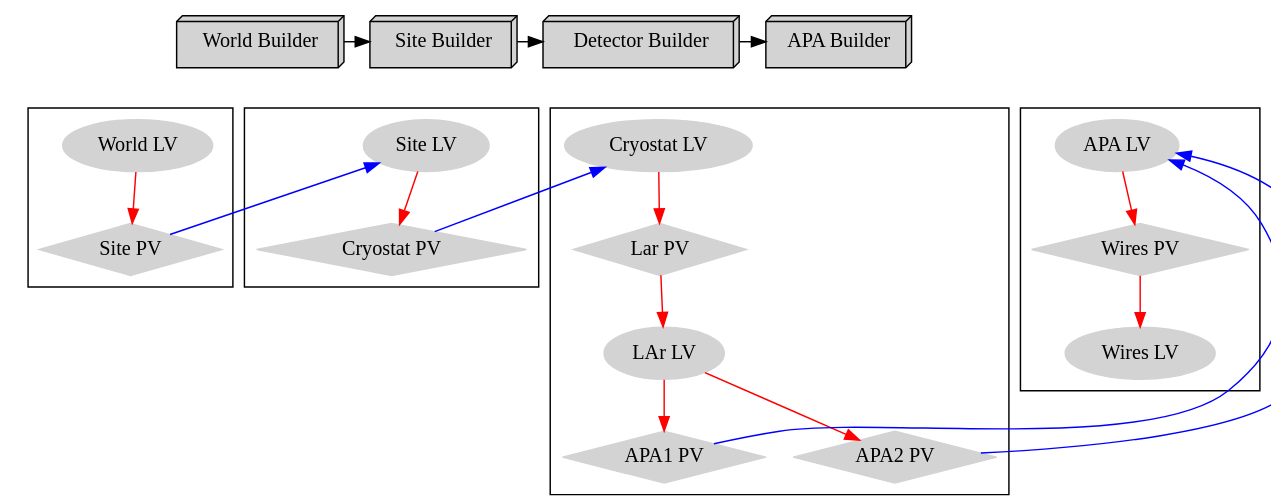
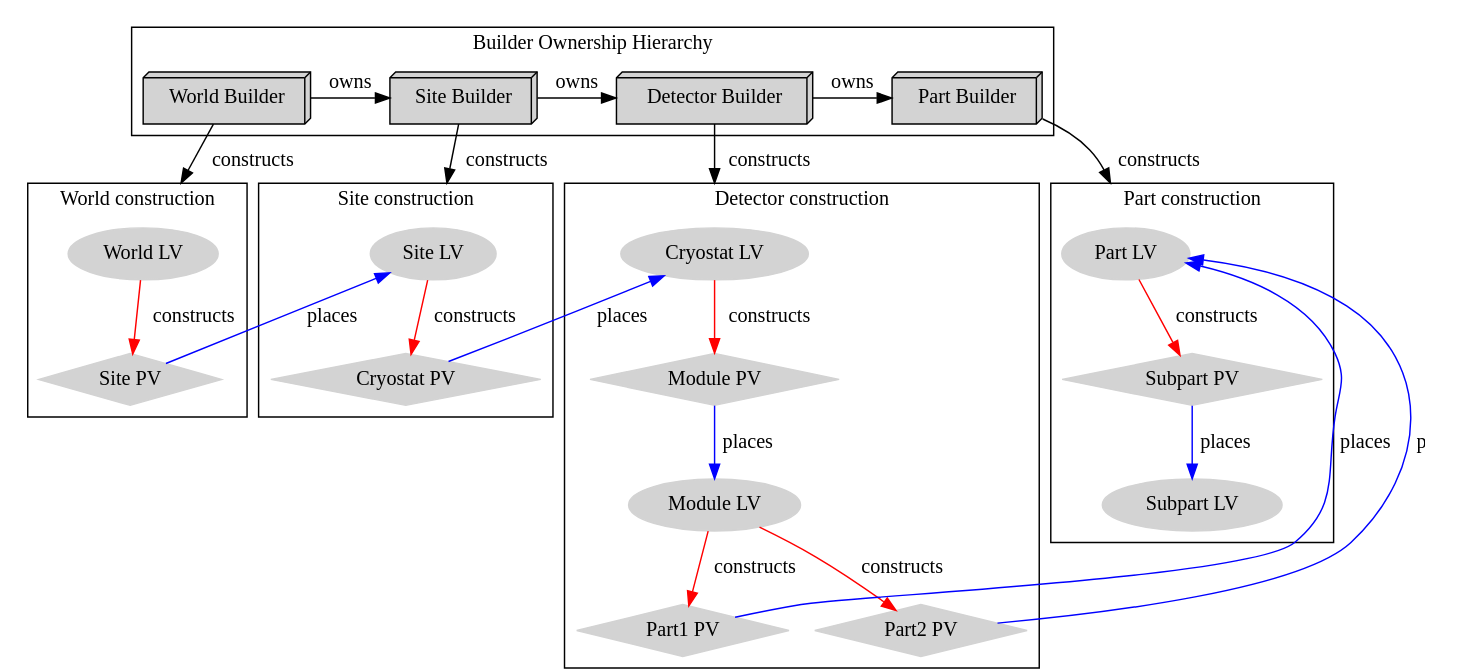
One commit to brettviren/gegede changed the diagram in doc/buildhier2.dot. Above: the diagram before and after it, drawn with Graphviz. The commit also changed 5 other files, not shown here.

```diff
--- a/doc/buildhier2.dot
+++ b/doc/buildhier2.dot
@@ -1,70 +1,78 @@
 digraph "buildhier" {
 	graph [dpi = 75];
 	
 
 
 	// builders
-	node[group=builders, shape=box3d,style=filled]
-	worldB[label="World Builder"];
-	siteB[label="Site Builder"];
-	detB[label="Detector Builder"];
-	apaB[label="APA Builder"];
-	{rank=same;worldB;siteB;detB;apaB}
+	subgraph cluster_builders {
+		rankdir=LR;
 		
+		label="Builder Ownership Hierarchy";
+		node[group=builders, shape=box3d,style=filled]
+		worldB[label="World Builder"];
+		siteB[label="Site Builder"];
+		detB[label="Detector Builder"];
+		apaB[label="Part Builder"];
+		{rank=same;worldB;siteB;detB;apaB}
+		worldB->siteB->detB->apaB[label="owns", constraint=false];
+	}
 
 	// logical volumes
 	node[group=lvols, shape=ellipse, style=filled, color=lightgrey];
         worldLV[label="World LV"];
 	siteLV[label="Site LV"];
 	tankLV[label="Cryostat LV"];
-	larLV[label="LAr LV"];
-	apaLV[label="APA LV"];
-	wiresLV[label="Wires LV"];
+	larLV[label="Module LV"];
+	apaLV[label="Part LV"];
+	wiresLV[label="Subpart LV"];
         
 	// placements
 	node[group=pvols, shape=diamond, style=filled, color=lightgrey];
 	sitePV [label="Site PV"];
 	tankPV [label="Cryostat PV"];
-	larPV [label="Lar PV"];
-	apaPV1 [label="APA1 PV"];
-	apaPV2 [label="APA2 PV"];
-	wiresPV [label="Wires PV"];
+	larPV [label="Module PV"];
+	apaPV1 [label="Part1 PV"];
+	apaPV2 [label="Part2 PV"];
+	wiresPV [label="Subpart PV"];
 
 	// any other nodes are invisible
 	node[shape=none, width=0, height=0, label=""];
-	edge[color="red"];
+	edge[color="red",label="constructs"];
 
 	subgraph cluster_worldB {
+		label="World construction";
 		worldLV -> sitePV;
-		edge[color=none];
-		worldB->worldLV;
 	}
 	subgraph cluster_siteB {
+		label="Site construction";
 		siteLV -> tankPV;
-		edge[color=none];
-		siteB->siteLV;
 	}
 	subgraph cluster_detB {
-		tankLV -> larPV -> larLV;
+		label="Detector construction";
+		tankLV -> larPV;
+		larPV -> larLV[color=blue,label="places"];
 		larLV -> apaPV1;
 		larLV -> apaPV2;
-		edge[color=none];
-		detB->tankLV;
 	}
 	subgraph cluster_apaB {
-		apaLV -> wiresPV -> wiresLV;
-		edge[color=none];
-		apaB -> apaLV;
+		label="Part construction";
+		apaLV -> wiresPV;
+		wiresPV -> wiresLV[color=blue,label="places"];
 	}
 
-	edge[color="black"];
-	worldB->siteB->detB->apaB;
+	compound=true;
+	edge[color="black",label="constructs"];
+	worldB->worldLV[lhead=cluster_worldB];
+	siteB->siteLV[lhead=cluster_siteB];
+	detB->tankLV[lhead=cluster_detB];
+	apaB -> apaLV[style=invis];
+	apaB -> apaLV[lhead=cluster_apaB];
+
 	
-	
-	edge[color="blue",weight=0];
+	edge[color="blue",weight=0,label="places"];
 	sitePV->siteLV;
 	tankPV->tankLV;
 	apaPV1->apaLV;
 	apaPV2->apaLV;
 	
 }
```
